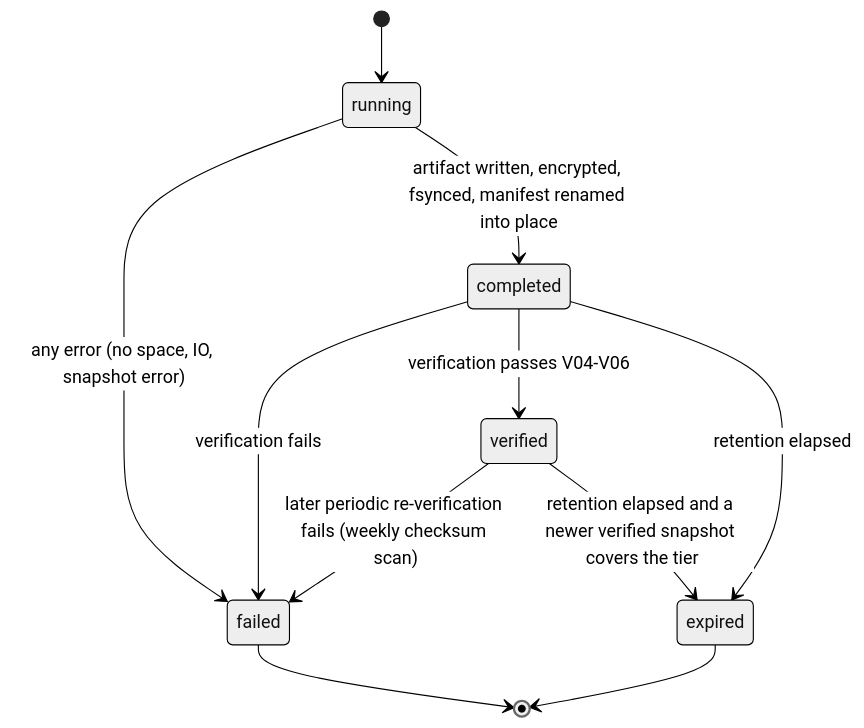
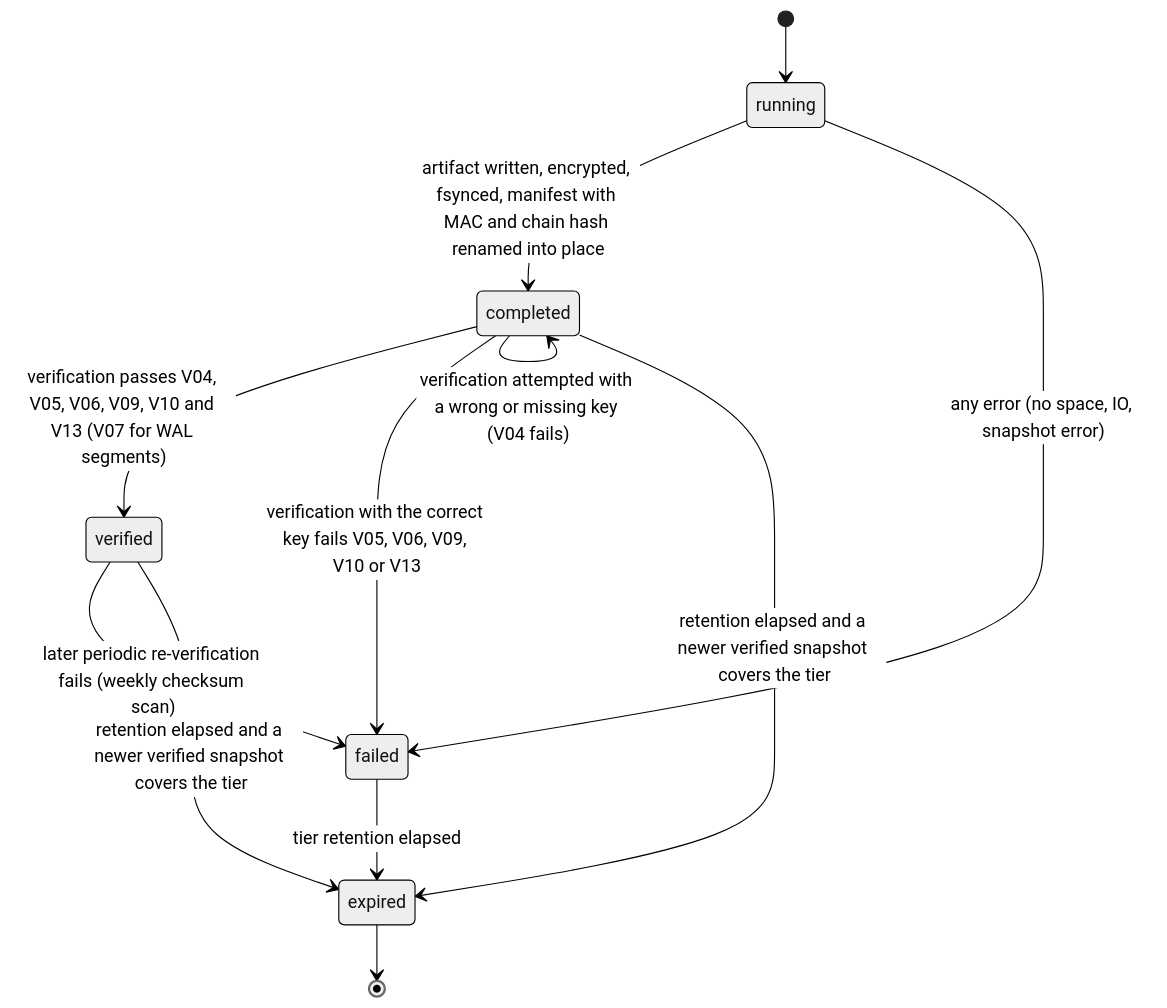
Before and after one commit to djshellshoxxx/CLASSifiedisRUPTed: the diagram in 15_Platform/03_operations/mod_backups/workflow_state_machine.md, drawn with Mermaid (neutral theme). The commit also changed other lines of this file and 1935 other files, not shown here.

````diff
--- a/15_Platform/03_operations/mod_backups/workflow_state_machine.md
+++ b/15_Platform/03_operations/mod_backups/workflow_state_machine.md
@@ -29,13 +31,14 @@
 ```mermaid
 stateDiagram-v2
   [*] --> running
-  running --> completed: artifact written, encrypted, fsynced, manifest renamed into place
+  running --> completed: artifact written, encrypted, fsynced, manifest with MAC and chain hash renamed into place
   running --> failed: any error (no space, IO, snapshot error)
-  completed --> verified: verification passes V04-V06
-  completed --> failed: verification fails
+  completed --> verified: verification passes V04, V05, V06, V09, V10 and V13 (V07 for WAL segments)
+  completed --> failed: verification with the correct key fails V05, V06, V09, V10 or V13
+  completed --> completed: verification attempted with a wrong or missing key (V04 fails)
   verified --> failed: later periodic re-verification fails (weekly checksum scan)
   verified --> expired: retention elapsed and a newer verified snapshot covers the tier
-  completed --> expired: retention elapsed
-  failed --> [*]
+  completed --> expired: retention elapsed and a newer verified snapshot covers the tier
+  failed --> expired: tier retention elapsed
   expired --> [*]
 ```
````
